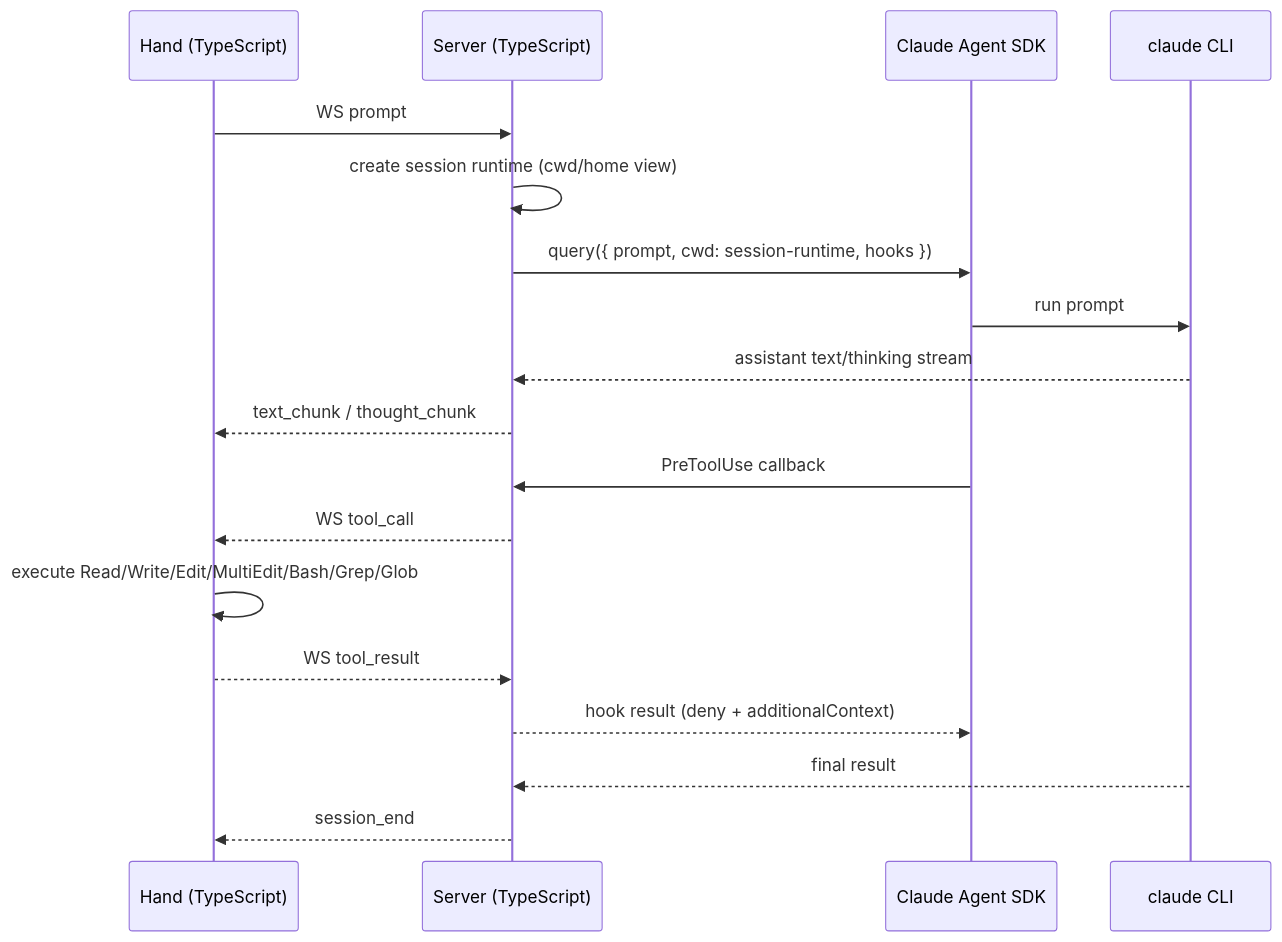
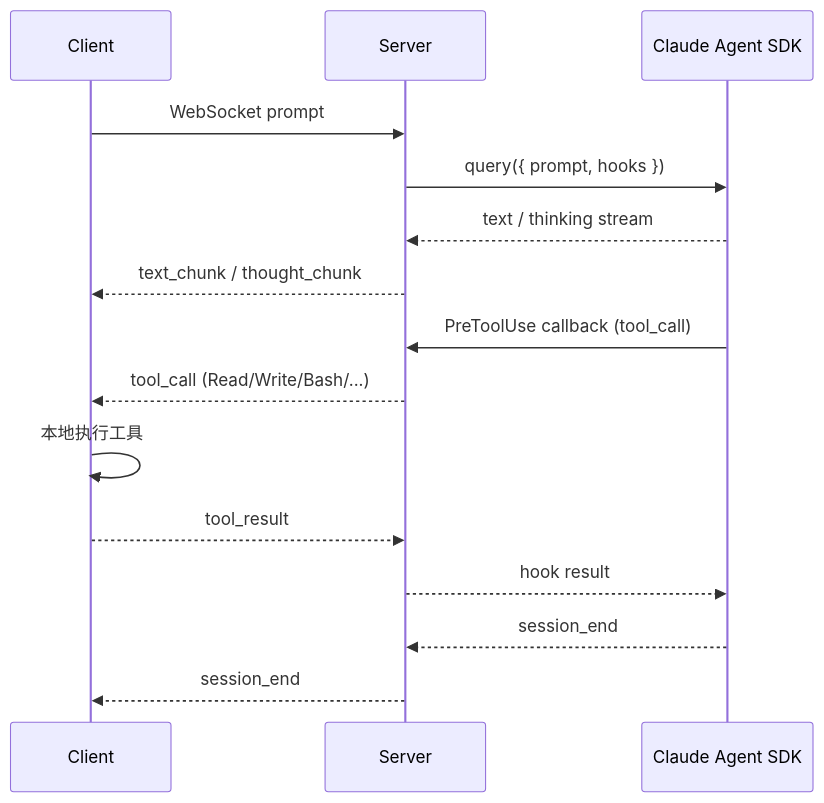
The diagram in README.md (n374/cerelay), drawn with Mermaid before and after one commit. The commit also changed other lines of this file and 61 other files, not shown here.

First line of the commit message:
🏷️ Axon → Cerelay 全面重命名 + README 重写 / Full rebrand: Axon → Cerelay, Hand → Client, Brain → Server

````diff
--- a/README.md
+++ b/README.md
@@ -38,21 +16,18 @@
 ```mermaid
 sequenceDiagram
-    participant H as Hand (TypeScript)
-    participant S as Server (TypeScript)
+    participant C as Client
+    participant S as Server
     participant SDK as Claude Agent SDK
-    participant C as claude CLI
 
-    H->>S: WS prompt
-    S->>S: create session runtime (cwd/home view)
-    S->>SDK: query({ prompt, cwd: session-runtime, hooks })
-    SDK->>C: run prompt
-    C-->>S: assistant text/thinking stream
-    S-->>H: text_chunk / thought_chunk
-    SDK->>S: PreToolUse callback
-    S-->>H: WS tool_call
-    H->>H: execute Read/Write/Edit/MultiEdit/Bash/Grep/Glob
-    H-->>S: WS tool_result
-    S-->>SDK: hook result (deny + additionalContext)
-    C-->>S: final result
-    S-->>H: session_end
+    C->>S: WebSocket prompt
+    S->>SDK: query({ prompt, hooks })
+    SDK-->>S: text / thinking stream
+    S-->>C: text_chunk / thought_chunk
+    SDK->>S: PreToolUse callback (tool_call)
+    S-->>C: tool_call (Read/Write/Bash/...)
+    C->>C: 本地执行工具
+    C-->>S: tool_result
+    S-->>SDK: hook result
+    SDK-->>S: session_end
+    S-->>C: session_end
 ```
````
